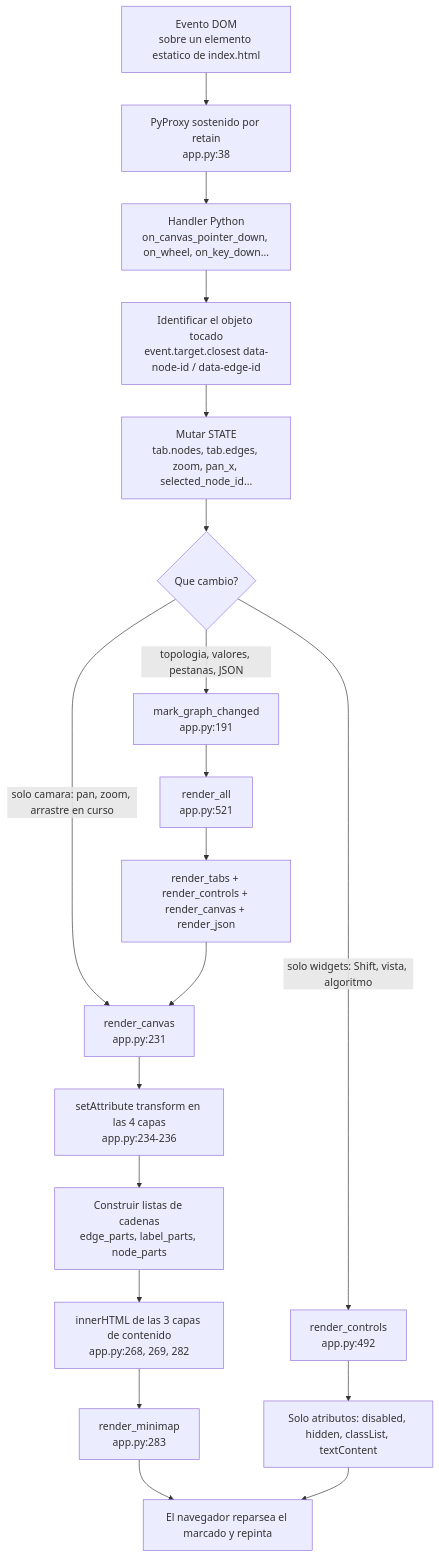
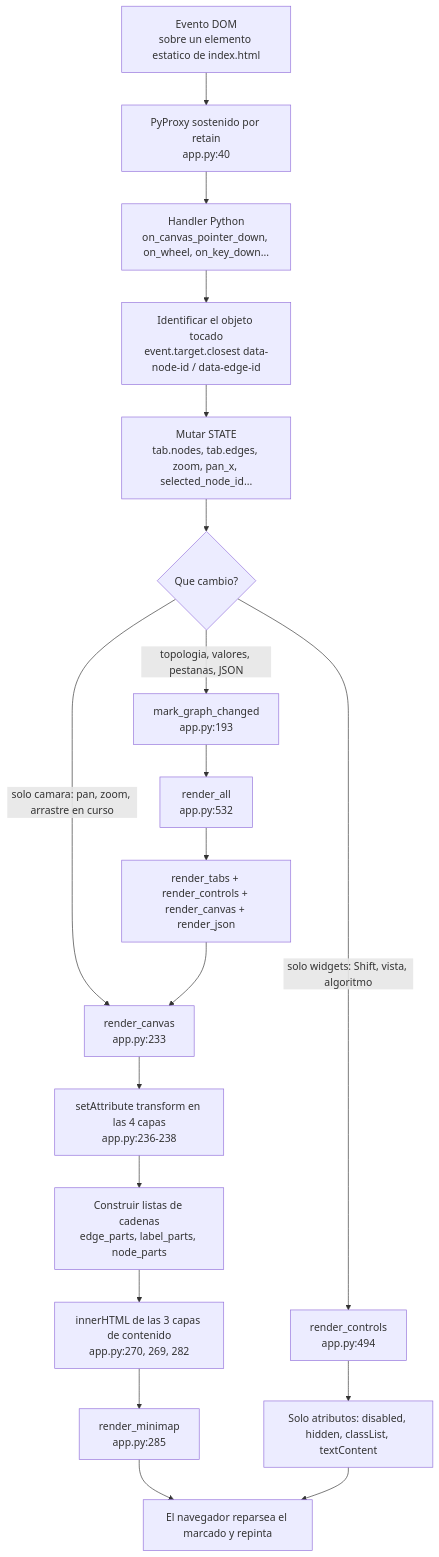
Before and after one commit to Rou-uu/consenso-simulador: the first of 6 diagrams in docs/03-interfaz.md, drawn with Mermaid. The commit also changed other lines of this file and 14 other files, not shown here.

````diff
--- a/docs/03-interfaz.md
+++ b/docs/03-interfaz.md
@@ -40,21 +40,21 @@
 ```mermaid
 flowchart TD
-    A["Evento DOM<br/>sobre un elemento estatico de index.html"] --> B["PyProxy sostenido por retain<br/>app.py:38"]
+    A["Evento DOM<br/>sobre un elemento estatico de index.html"] --> B["PyProxy sostenido por retain<br/>app.py:40"]
     B --> C["Handler Python<br/>on_canvas_pointer_down, on_wheel, on_key_down..."]
     C --> D["Identificar el objeto tocado<br/>event.target.closest data-node-id / data-edge-id"]
     D --> E["Mutar STATE<br/>tab.nodes, tab.edges, zoom, pan_x, selected_node_id..."]
     E --> G{"Que cambio?"}
-    G -->|"topologia, valores, pestanas, JSON"| F["mark_graph_changed<br/>app.py:191"]
-    F --> H["render_all<br/>app.py:521"]
-    G -->|"solo camara: pan, zoom, arrastre en curso"| I["render_canvas<br/>app.py:231"]
-    G -->|"solo widgets: Shift, vista, algoritmo"| J["render_controls<br/>app.py:492"]
+    G -->|"topologia, valores, pestanas, JSON"| F["mark_graph_changed<br/>app.py:193"]
+    F --> H["render_all<br/>app.py:532"]
+    G -->|"solo camara: pan, zoom, arrastre en curso"| I["render_canvas<br/>app.py:233"]
+    G -->|"solo widgets: Shift, vista, algoritmo"| J["render_controls<br/>app.py:494"]
     H --> K["render_tabs + render_controls + render_canvas + render_json"]
     K --> I
-    I --> T["setAttribute transform en las 4 capas<br/>app.py:234-236"]
+    I --> T["setAttribute transform en las 4 capas<br/>app.py:236-238"]
     T --> L["Construir listas de cadenas<br/>edge_parts, label_parts, node_parts"]
-    L --> M["innerHTML de las 3 capas de contenido<br/>app.py:268, 269, 282"]
-    M --> N["render_minimap<br/>app.py:283"]
+    L --> M["innerHTML de las 3 capas de contenido<br/>app.py:270, 269, 282"]
+    M --> N["render_minimap<br/>app.py:285"]
     J --> O["Solo atributos: disabled, hidden, classList, textContent"]
     N --> P["El navegador reparsea el marcado y repinta"]
     O --> P
 ```
````
